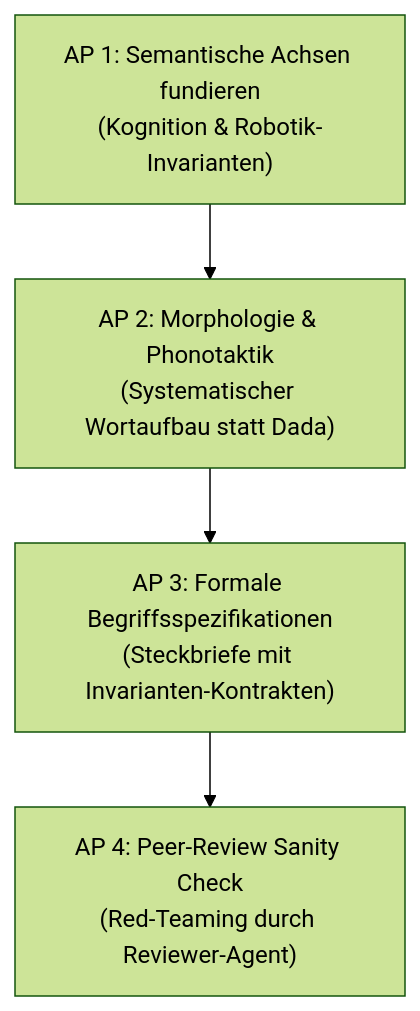
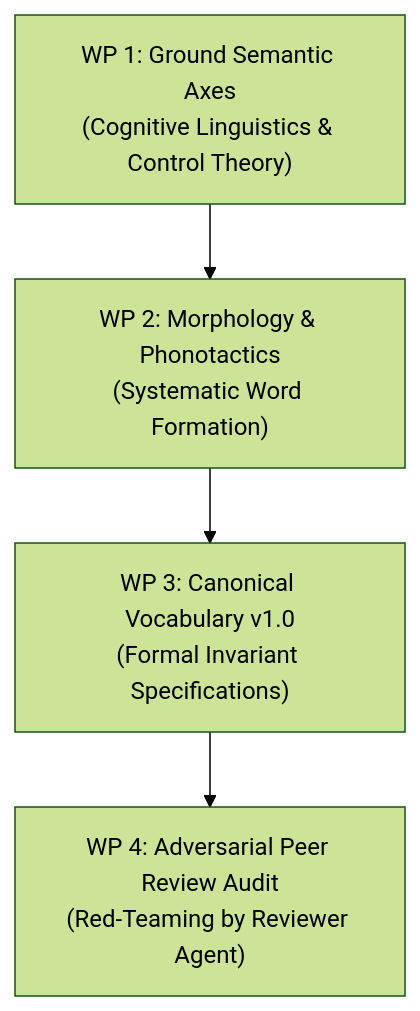
Before and after one commit to CodiBasti/LingualCompositeLearning: the diagram in dev/FOUNDATION_ROADMAP.md, drawn with Mermaid (forest theme). The commit also changed other lines of this file and 46 other files, not shown here.

````diff
--- a/dev/FOUNDATION_ROADMAP.md
+++ b/dev/FOUNDATION_ROADMAP.md
@@ -31,6 +30,6 @@
 ```mermaid
 flowchart TD
-    T1["AP 1: Semantische Achsen fundieren<br/>(Kognition & Robotik-Invarianten)"] --> T2["AP 2: Morphologie & Phonotaktik<br/>(Systematischer Wortaufbau statt Dada)"]
-    T2 --> T3["AP 3: Formale Begriffsspezifikationen<br/>(Steckbriefe mit Invarianten-Kontrakten)"]
-    T3 --> T4["AP 4: Peer-Review Sanity Check<br/>(Red-Teaming durch Reviewer-Agent)"]
+    T1["WP 1: Ground Semantic Axes<br/>(Cognitive Linguistics & Control Theory)"] --> T2["WP 2: Morphology & Phonotactics<br/>(Systematic Word Formation)"]
+    T2 --> T3["WP 3: Canonical Vocabulary v1.0<br/>(Formal Invariant Specifications)"]
+    T3 --> T4["WP 4: Adversarial Peer Review Audit<br/>(Red-Teaming by Reviewer Agent)"]
 ```
````
